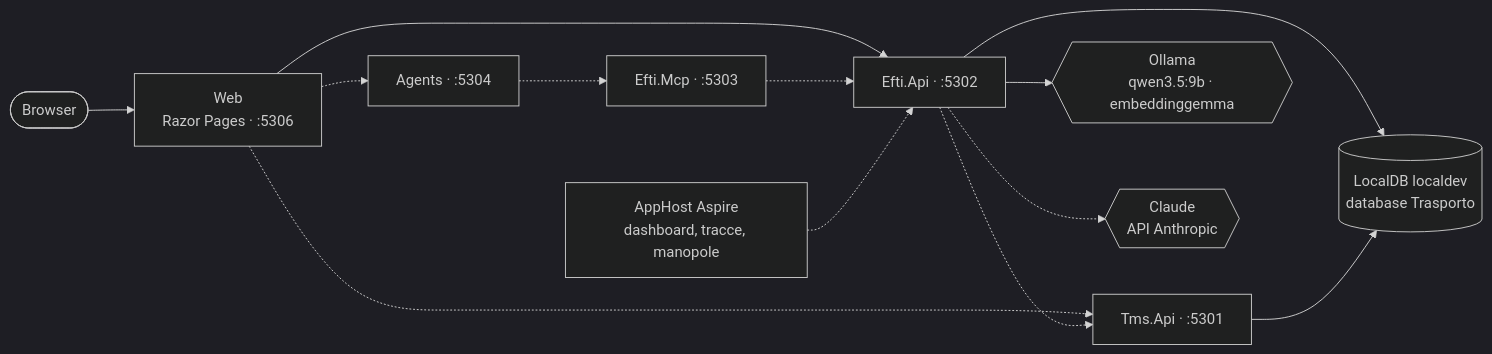
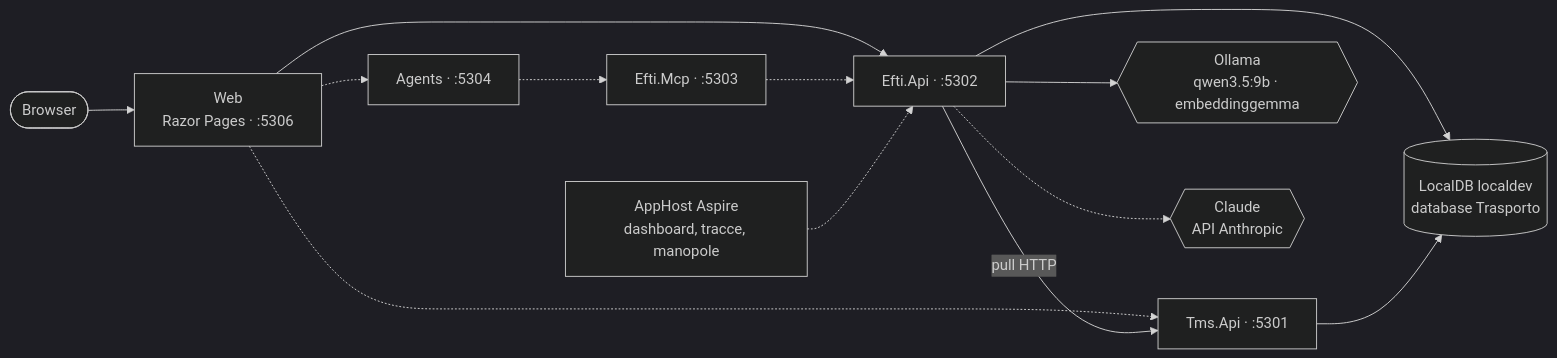
Before and after one commit to Dusi-burg/AI.POC-TrasportoDigitale: the first of 2 diagrams in docs/architettura.md, drawn with Mermaid (dark theme). The commit also changed other lines of this file and 61 other files, not shown here.

````diff
--- a/docs/architettura.md
+++ b/docs/architettura.md
@@ -13,15 +13,15 @@
 ```mermaid
 flowchart LR
     B([Browser]) --> W["Web<br/>Razor Pages · :5306"]
     W --> EA["Efti.Api · :5302"]
     W -.-> AG["Agents · :5304"]
     W -.-> TA["Tms.Api · :5301"]
     AG -.-> EM["Efti.Mcp · :5303"]
     EM -.-> EA
-    EA -.-> TA
+    EA -- "pull HTTP" --> TA
     EA --> DB[("LocalDB localdev<br/>database Trasporto")]
     TA --> DB
     EA --> OL{{"Ollama<br/>qwen3.5:9b · embeddinggemma"}}
     EA -.-> CL{{"Claude<br/>API Anthropic"}}
     H["AppHost Aspire<br/>dashboard, tracce, manopole"] -.-> EA
 ```
````
